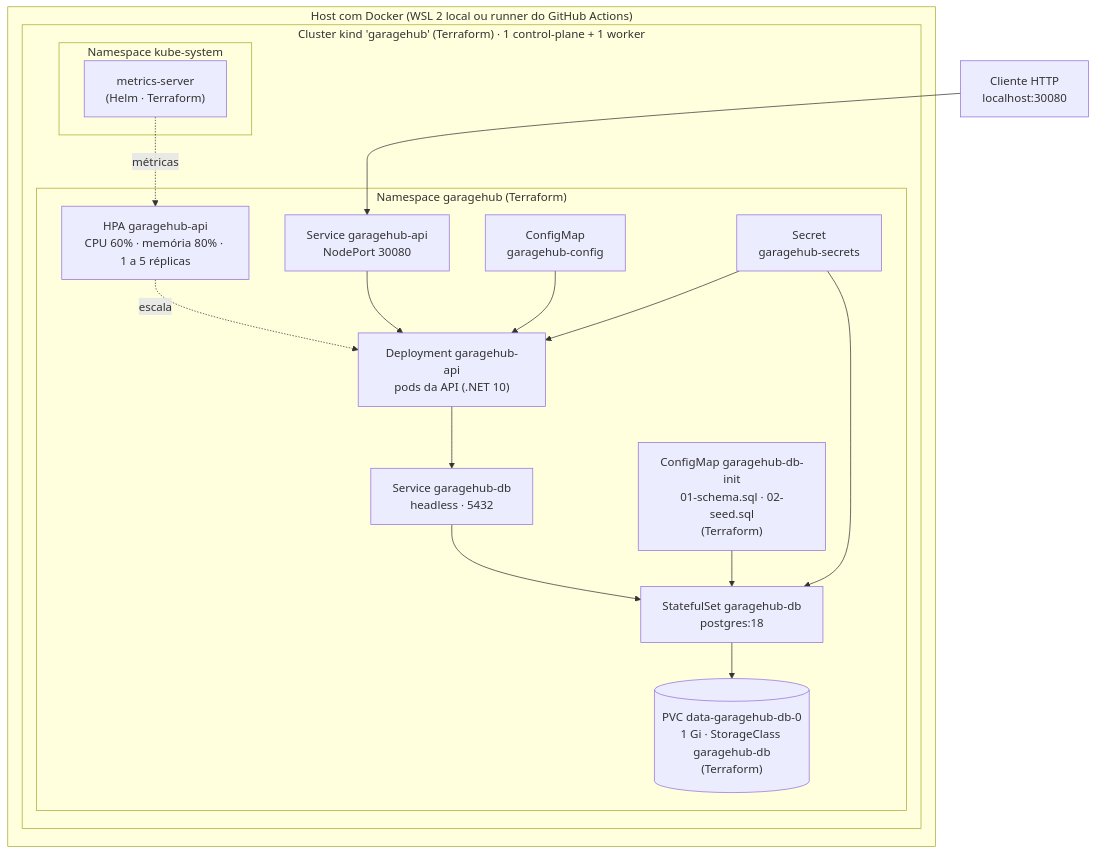
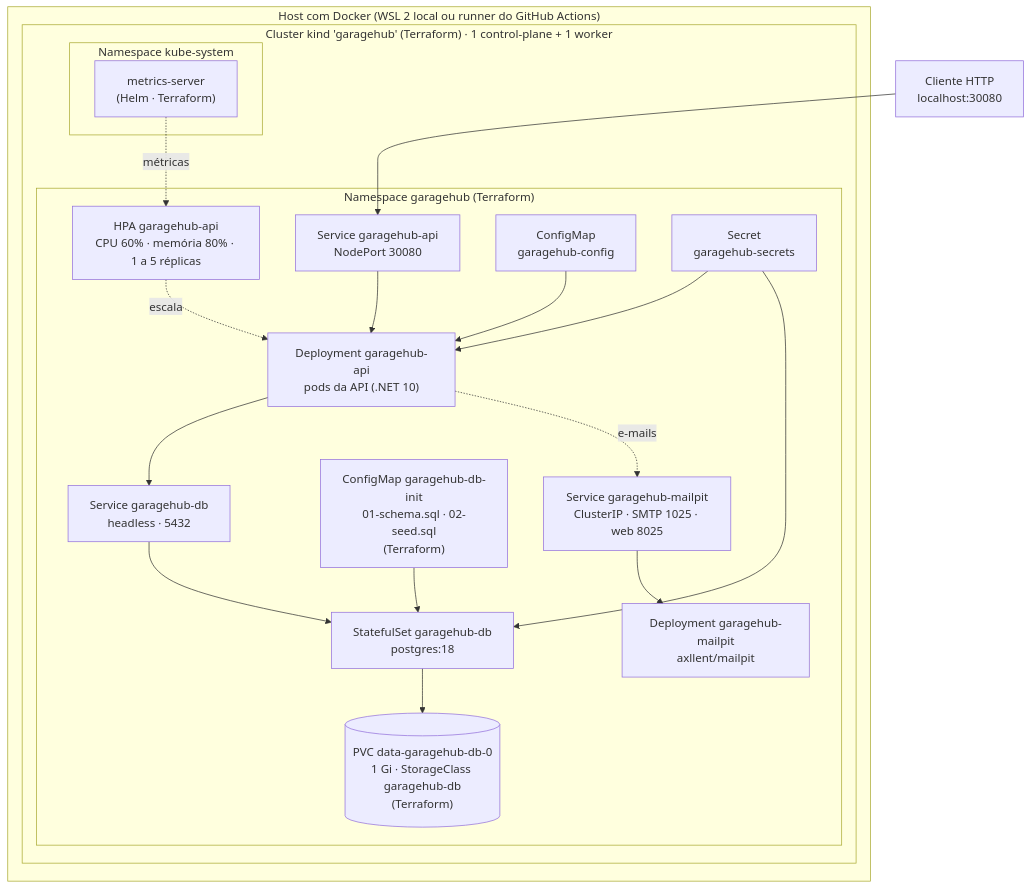
The second of 3 diagrams in README.md (beatavernaro/GarageHub), drawn with Mermaid before and after one commit. The commit also changed other lines of this file and 1 other file, not shown here.

````diff
--- a/README.md
+++ b/README.md
@@ -1345,36 +1370,40 @@
 ```mermaid
 flowchart TB
     cliente["Cliente HTTP<br/>localhost:30080"]
 
     subgraph host["Host com Docker (WSL 2 local ou runner do GitHub Actions)"]
         subgraph kind["Cluster kind 'garagehub' (Terraform) · 1 control-plane + 1 worker"]
             subgraph kube["Namespace kube-system"]
                 ms["metrics-server<br/>(Helm · Terraform)"]
             end
 
             subgraph ns["Namespace garagehub (Terraform)"]
                 svcapi["Service garagehub-api<br/>NodePort 30080"]
                 hpa["HPA garagehub-api<br/>CPU 60% · memória 80% · 1 a 5 réplicas"]
                 dep["Deployment garagehub-api<br/>pods da API (.NET 10)"]
                 cm["ConfigMap<br/>garagehub-config"]
                 sec["Secret<br/>garagehub-secrets"]
                 svcdb["Service garagehub-db<br/>headless · 5432"]
                 sts["StatefulSet garagehub-db<br/>postgres:18"]
                 init["ConfigMap garagehub-db-init<br/>01-schema.sql · 02-seed.sql<br/>(Terraform)"]
                 pvc[("PVC data-garagehub-db-0<br/>1 Gi · StorageClass garagehub-db<br/>(Terraform)")]
+                svcmail["Service garagehub-mailpit<br/>ClusterIP · SMTP 1025 · web 8025"]
+                mail["Deployment garagehub-mailpit<br/>axllent/mailpit"]
             end
         end
     end
 
     cliente --> svcapi
     svcapi --> dep
     dep --> svcdb
     svcdb --> sts
     sts --> pvc
     init --> sts
     cm --> dep
     sec --> dep
     sec --> sts
+    dep -. e-mails .-> svcmail
+    svcmail --> mail
     ms -. métricas .-> hpa
     hpa -. escala .-> dep
 ```
````
